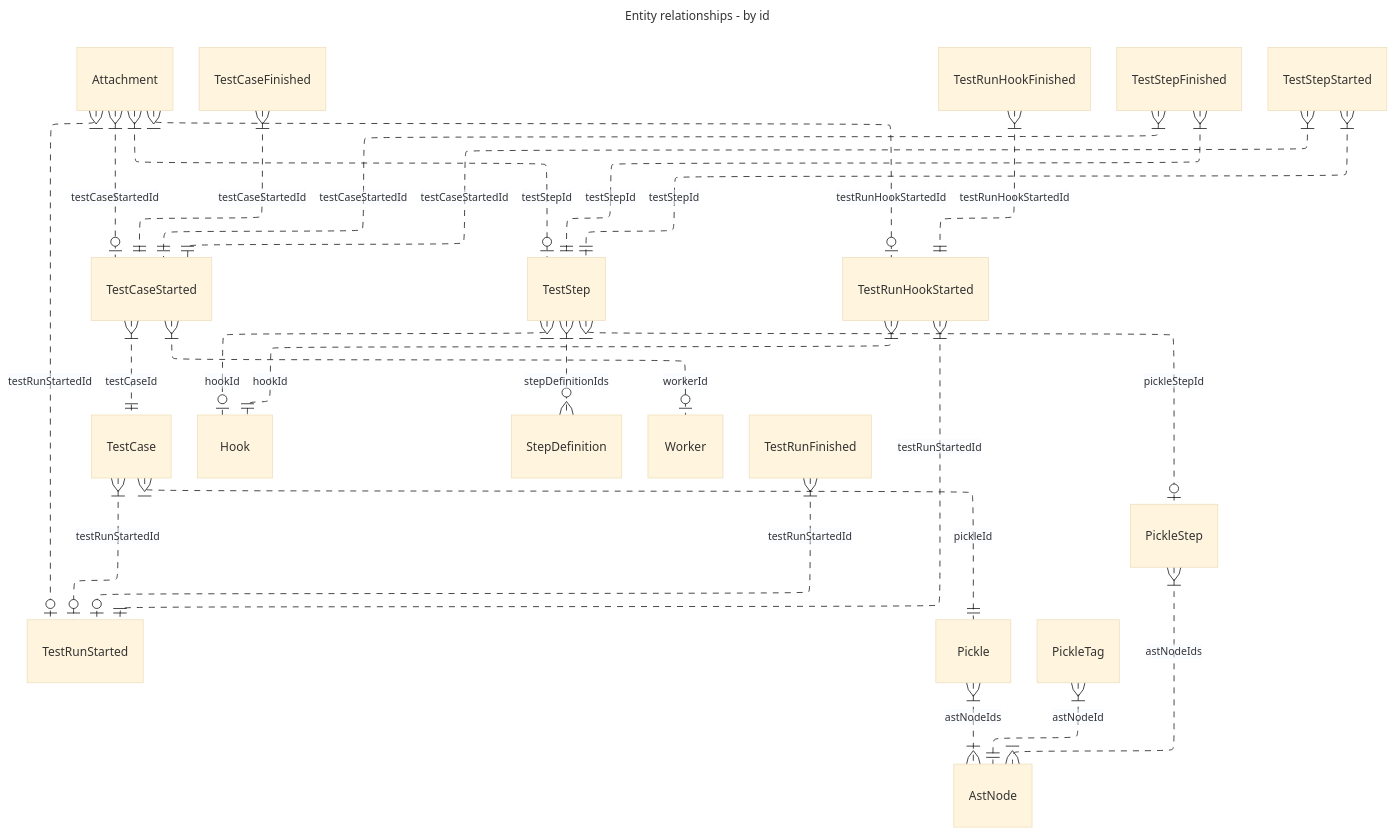
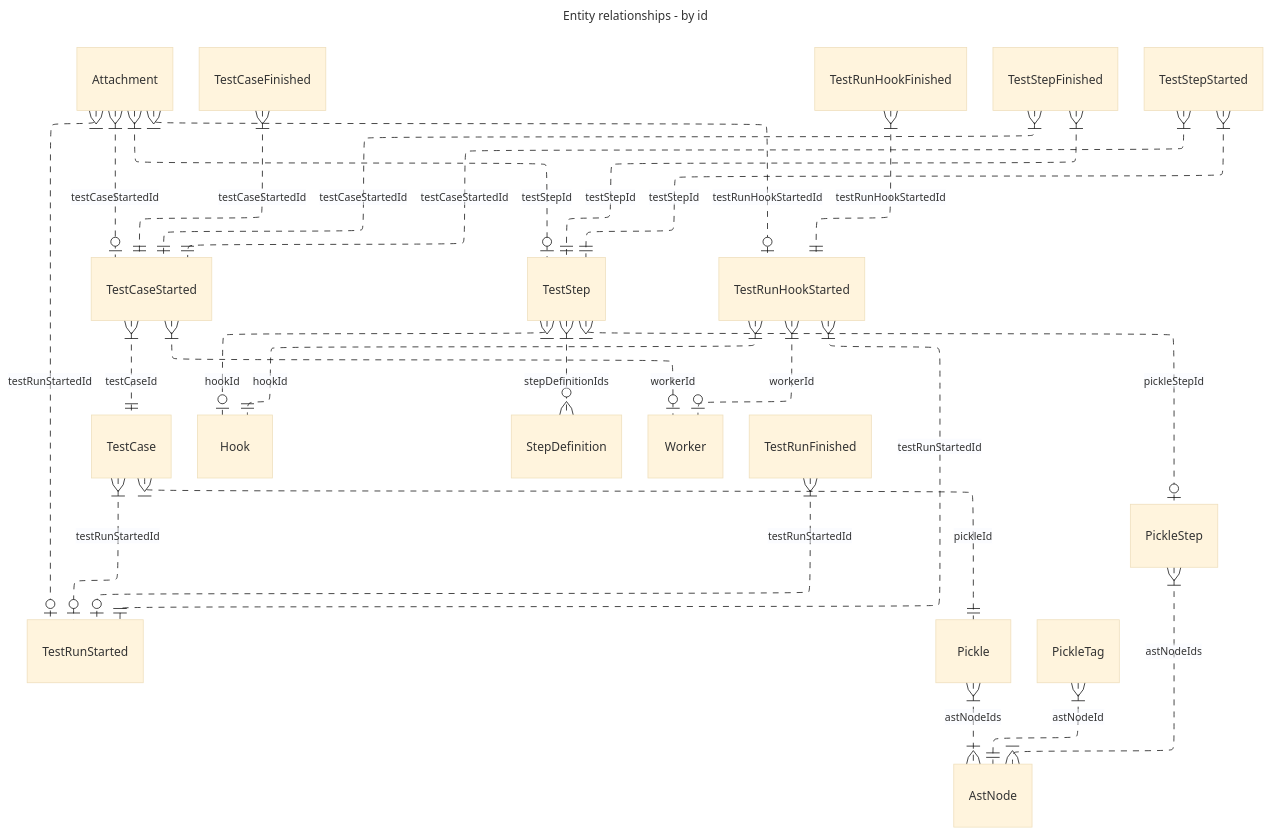
Before and after one commit to cucumber/messages: the first of 2 diagrams in jsonschema/relations.md, drawn with Mermaid (base theme). The commit also changed 12 other files, not shown here.

Commit message:
Add workerId to TestRunHookStarted

````diff
--- a/jsonschema/relations.md
+++ b/jsonschema/relations.md
@@ -10,31 +10,32 @@
 ```mermaid
 ---
 title: Entity relationships  - by id
 config:
     layout: elk
 ---
 erDiagram
 Attachment }|..o| TestCaseStarted: testCaseStartedId
 Attachment }|..o| TestStep: testStepId
 Attachment }|..o| TestRunStarted: testRunStartedId
 Attachment }|..o| TestRunHookStarted: testRunHookStartedId
 Pickle }|..|{ AstNode: astNodeIds
 PickleStep }|..|{ AstNode: astNodeIds
 PickleTag }|..|| AstNode: astNodeId
 TestCase }|..|| Pickle: pickleId
 TestCase }|..o| TestRunStarted: testRunStartedId
 TestStep }|..o| Hook: hookId
 TestStep }|..o| PickleStep: pickleStepId
 TestStep }|..o{ StepDefinition: stepDefinitionIds
 TestCaseFinished }|..|| TestCaseStarted: testCaseStartedId
 TestCaseStarted }|..|| TestCase: testCaseId
 TestCaseStarted }|..o| Worker: workerId
 TestRunFinished }|..o| TestRunStarted: testRunStartedId
 TestRunHookFinished }|..|| TestRunHookStarted: testRunHookStartedId
 TestRunHookStarted }|..|| TestRunStarted: testRunStartedId
 TestRunHookStarted }|..|| Hook: hookId
+TestRunHookStarted }|..o| Worker: workerId
 TestStepFinished }|..|| TestCaseStarted: testCaseStartedId
 TestStepFinished }|..|| TestStep: testStepId
 TestStepStarted }|..|| TestCaseStarted: testCaseStartedId
 TestStepStarted }|..|| TestStep: testStepId
 ```
````
